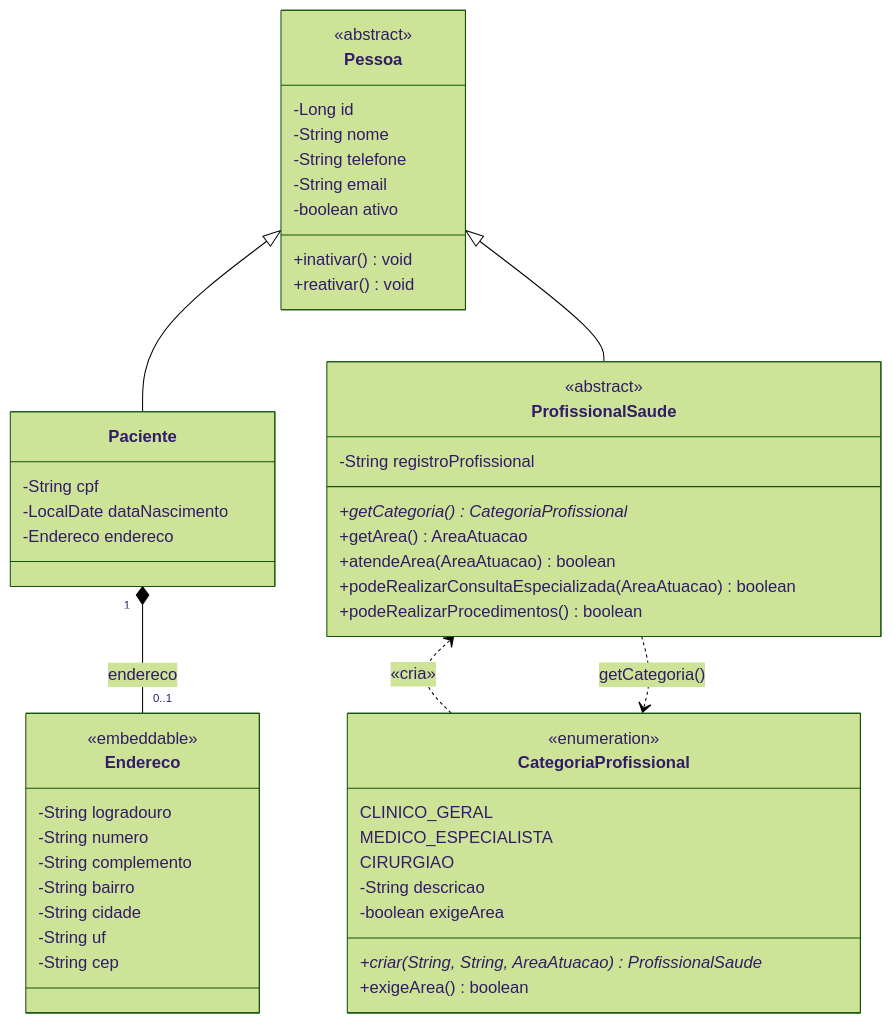
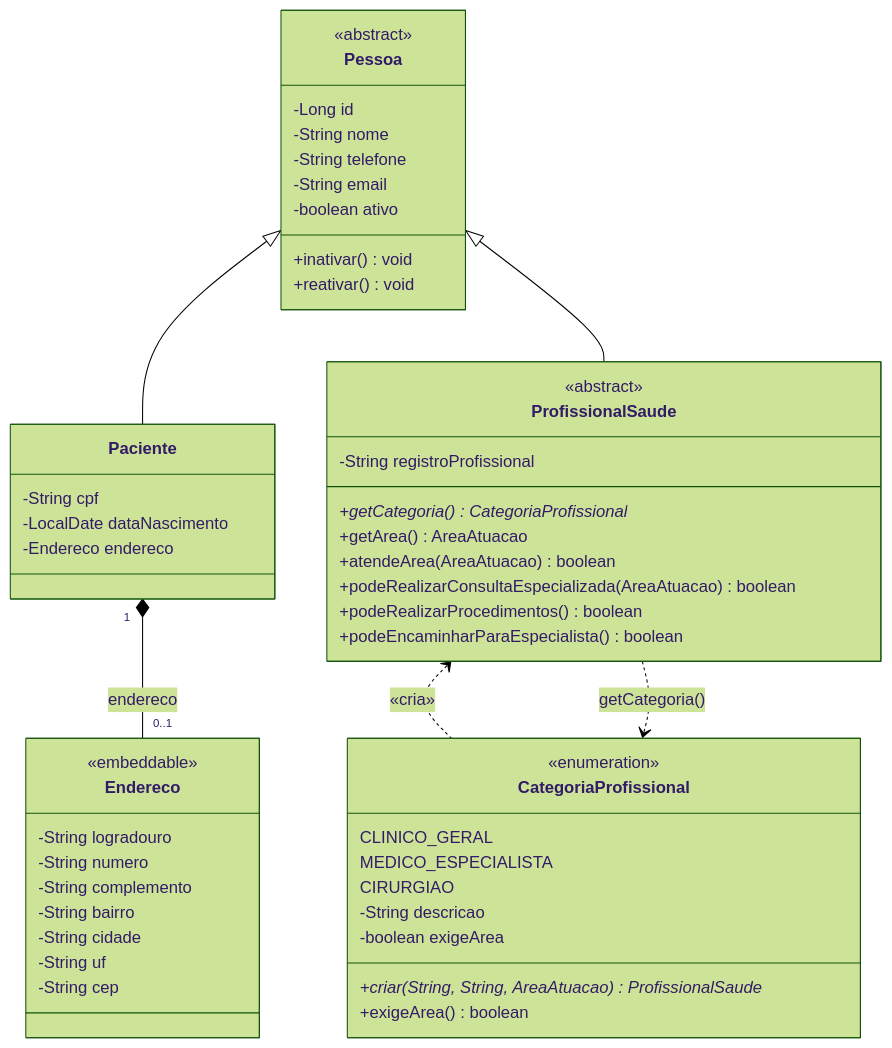
Before and after one commit to pedrolsrt/sistema-hospitalar: the third of 10 diagrams in docs/diagrama-de-classes.md, drawn with Mermaid (forest theme). The commit also changed other lines of this file and 1 other file, not shown here.

Commit message:
docs: atualiza diagrama de classes e README com o encaminhamento

````diff
--- a/docs/diagrama-de-classes.md
+++ b/docs/diagrama-de-classes.md
@@ -170,60 +170,61 @@
 ```mermaid
 classDiagram
     direction TB
 
 
     class Pessoa {
         <<abstract>>
         -Long id
         -String nome
         -String telefone
         -String email
         -boolean ativo
         +inativar() void
         +reativar() void
     }
 
     class Paciente {
         -String cpf
         -LocalDate dataNascimento
         -Endereco endereco
     }
 
     class Endereco {
         <<embeddable>>
         -String logradouro
         -String numero
         -String complemento
         -String bairro
         -String cidade
         -String uf
         -String cep
     }
 
     class ProfissionalSaude {
         <<abstract>>
         -String registroProfissional
         +getCategoria()* CategoriaProfissional
         +getArea() AreaAtuacao
         +atendeArea(AreaAtuacao) boolean
         +podeRealizarConsultaEspecializada(AreaAtuacao) boolean
         +podeRealizarProcedimentos() boolean
+        +podeEncaminharParaEspecialista() boolean
     }
 
     class CategoriaProfissional {
         <<enumeration>>
         CLINICO_GERAL
         MEDICO_ESPECIALISTA
         CIRURGIAO
         -String descricao
         -boolean exigeArea
         +criar(String, String, AreaAtuacao)* ProfissionalSaude
         +exigeArea() boolean
     }
 
     Pessoa <|-- Paciente
     Pessoa <|-- ProfissionalSaude
     Paciente "1" *-- "0..1" Endereco : endereco
     ProfissionalSaude <.. CategoriaProfissional : «cria»
     ProfissionalSaude ..> CategoriaProfissional : getCategoria()
 ```
````
